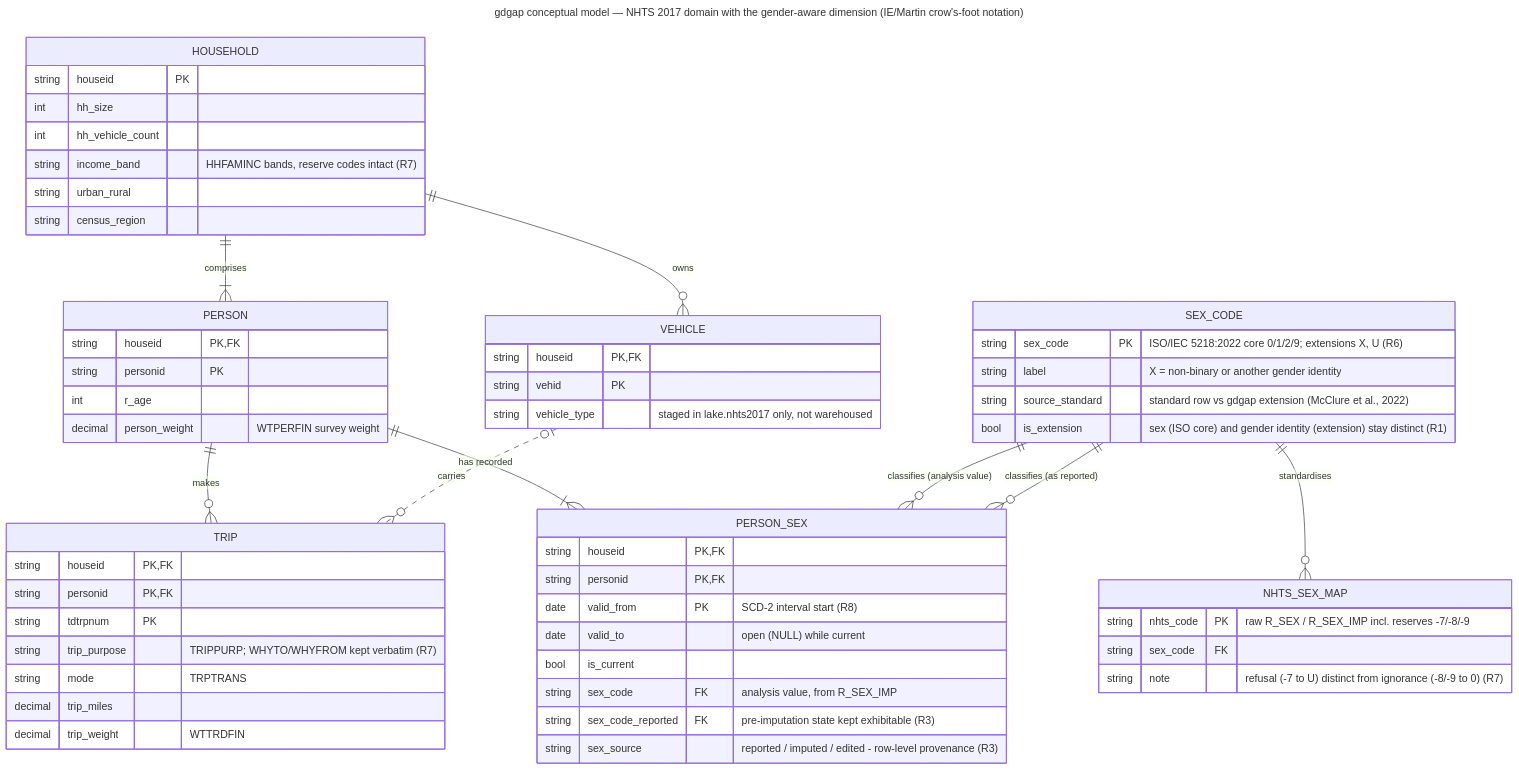
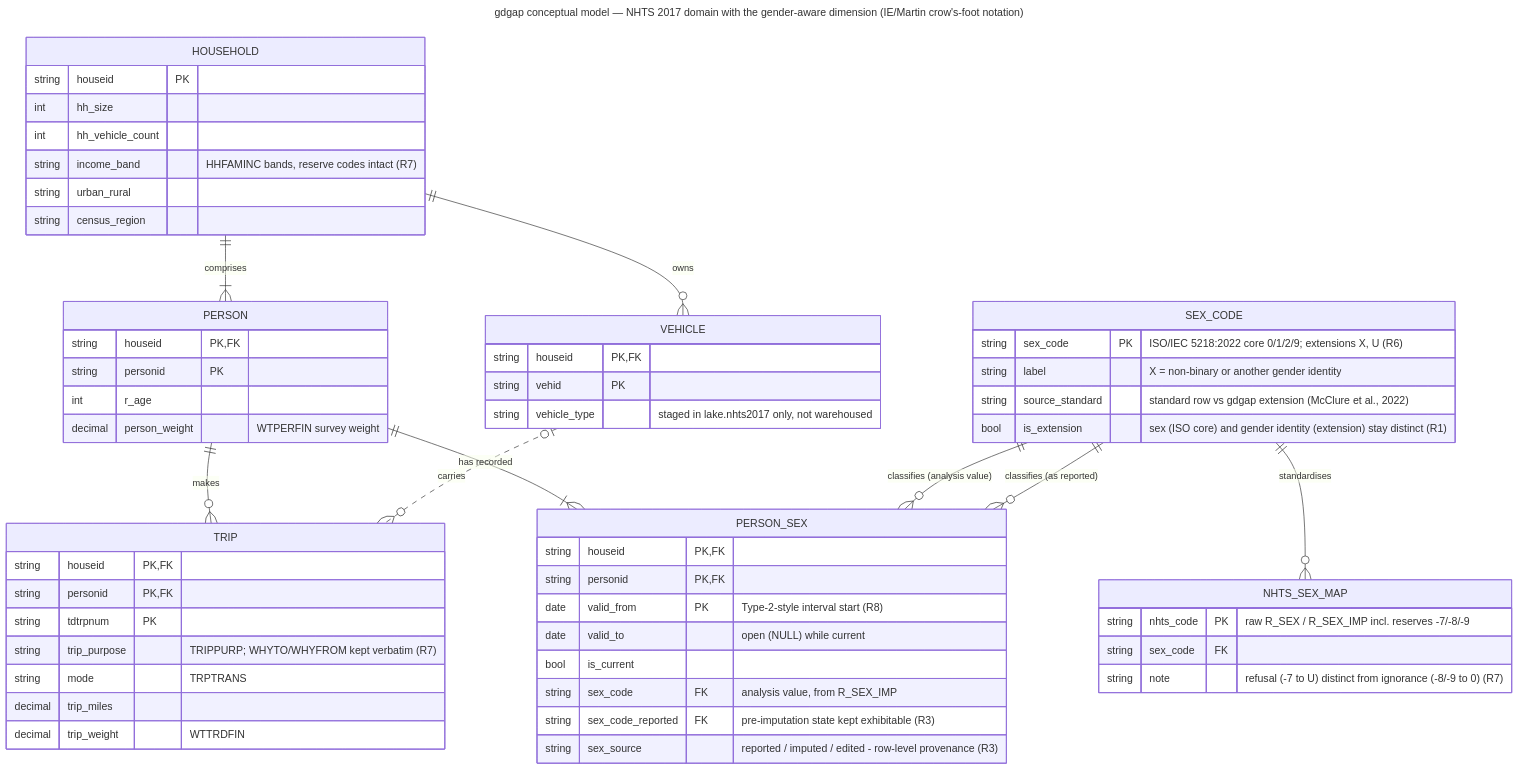
Before and after one commit to jurdabos/gdgap: the diagram in docs/model/conceptual.mmd, drawn with Mermaid. The commit also changed 5 other files, not shown here.

```diff
--- a/docs/model/conceptual.mmd
+++ b/docs/model/conceptual.mmd
@@ -1,80 +1,80 @@
 ---
 title: "gdgap conceptual model — NHTS 2017 domain with the gender-aware dimension (IE/Martin crow's-foot notation)"
 ---
 %% The W2 artifact (thesis 3.3, objective E): conceptual/logical model of the reference design.
 %% Notation: Information Engineering (James Martin) crow's foot, as rendered by Mermaid erDiagram.
 %% Grounding: entity sets per the FHWA codebook (Chen reading in thesis 3.2); aware-variant
 %% constructs per sql/ddl/aware/01..05; the blind baseline (sql/ddl/blind/) is this diagram
 %% minus SEX_CODE, NHTS_SEX_MAP and PERSON_SEX — that omission is the measured contrast (R11).
-%% Traceability: R1/R6 code list; R7 reserve-code mapping; R3 provenance; R8 SCD-2 validity;
+%% Traceability: R1/R6 code list; R7 reserve-code mapping; R3 provenance; R8 Type-2-style validity;
 %% R2 disaggregation via the PERSON join path, never via a copied sex column on TRIP.
 %% DDL mapping: HOUSEHOLD=lake.nhts2017.hhpub, PERSON=perpub/aware.fact_person,
 %% VEHICLE=vehpub (staged only, not warehoused), TRIP=trippub/aware.fact_trip,
 %% SEX_CODE=aware.dim_sex_code, NHTS_SEX_MAP=aware.map_nhts_sex, PERSON_SEX=aware.dim_person_sex.
 erDiagram
     HOUSEHOLD ||--|{ PERSON : comprises
     HOUSEHOLD ||--o{ VEHICLE : owns
     PERSON ||--o{ TRIP : makes
     VEHICLE |o..o{ TRIP : carries
     PERSON ||--|{ PERSON_SEX : "has recorded"
     SEX_CODE ||--o{ PERSON_SEX : "classifies (analysis value)"
     SEX_CODE ||--o{ PERSON_SEX : "classifies (as reported)"
     SEX_CODE ||--o{ NHTS_SEX_MAP : standardises
 
     HOUSEHOLD {
         string houseid PK
         int hh_size
         int hh_vehicle_count
         string income_band "HHFAMINC bands, reserve codes intact (R7)"
         string urban_rural
         string census_region
     }
 
     PERSON {
         string houseid PK, FK
         string personid PK
         int r_age
         decimal person_weight "WTPERFIN survey weight"
     }
     %% Deliberately carrying no sex attribute on PERSON or TRIP: disaggregation
     %% arrives through the PERSON_SEX dimension join (R2), not a copied column.
 
     VEHICLE {
         string houseid PK, FK
         string vehid PK
         string vehicle_type "staged in lake.nhts2017 only, not warehoused"
     }
 
     TRIP {
         string houseid PK, FK
         string personid PK, FK
         string tdtrpnum PK
         string trip_purpose "TRIPPURP; WHYTO/WHYFROM kept verbatim (R7)"
         string mode "TRPTRANS"
         decimal trip_miles
         decimal trip_weight "WTTRDFIN"
     }
 
     SEX_CODE {
         string sex_code PK "ISO/IEC 5218:2022 core 0/1/2/9; extensions X, U (R6)"
         string label "X = non-binary or another gender identity"
         string source_standard "standard row vs gdgap extension (McClure et al., 2022)"
         bool is_extension "sex (ISO core) and gender identity (extension) stay distinct (R1)"
     }
 
     NHTS_SEX_MAP {
         string nhts_code PK "raw R_SEX / R_SEX_IMP incl. reserves -7/-8/-9"
         string sex_code FK
         string note "refusal (-7 to U) distinct from ignorance (-8/-9 to 0) (R7)"
     }
 
     PERSON_SEX {
         string houseid PK, FK
         string personid PK, FK
-        date valid_from PK "SCD-2 interval start (R8)"
+        date valid_from PK "Type-2-style interval start (R8)"
         date valid_to "open (NULL) while current"
         bool is_current
         string sex_code FK "analysis value, from R_SEX_IMP"
         string sex_code_reported FK "pre-imputation state kept exhibitable (R3)"
         string sex_source "reported / imputed / edited - row-level provenance (R3)"
     }
```
